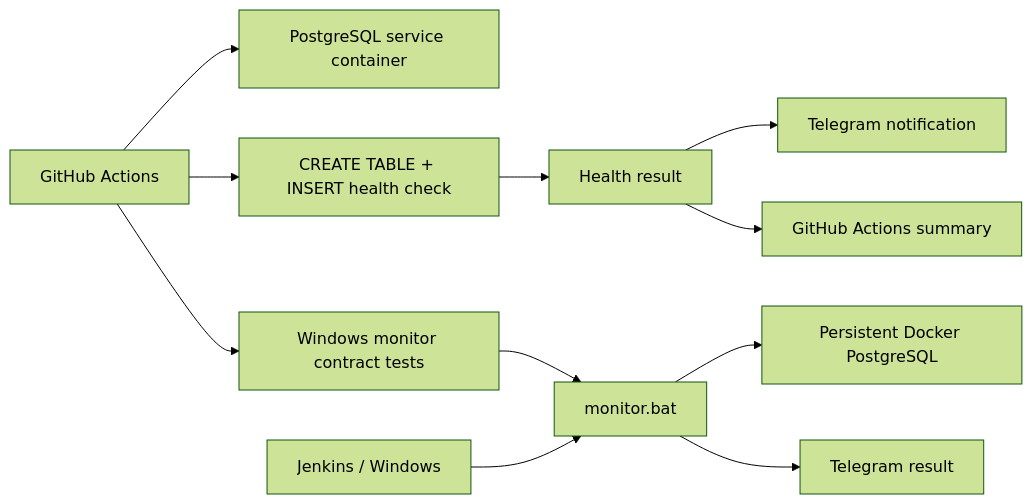
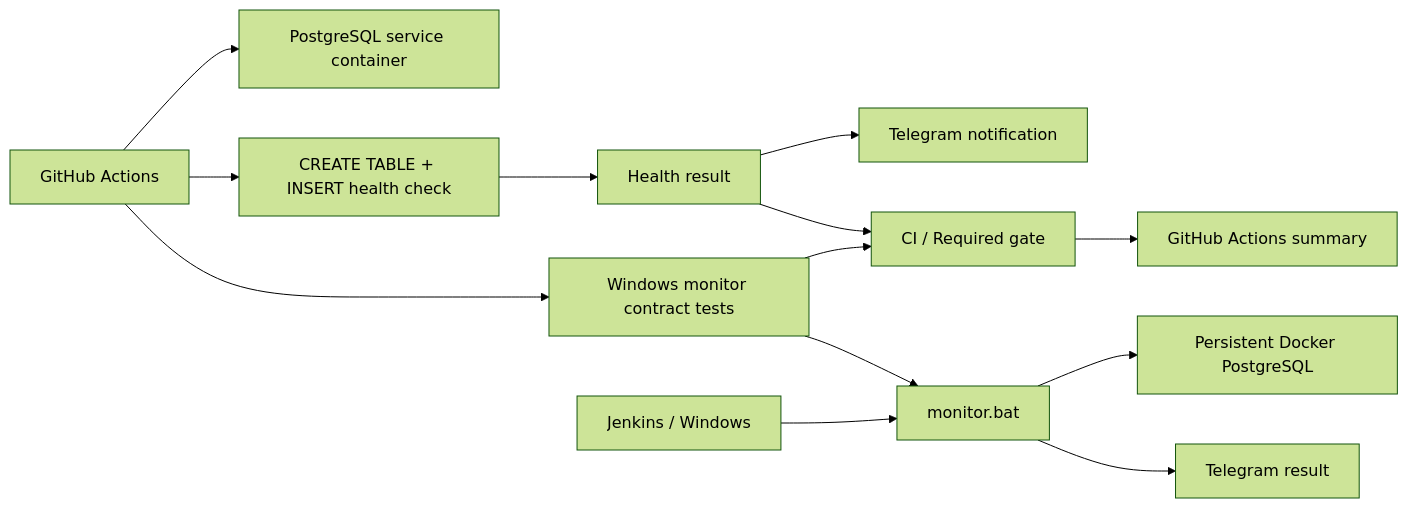
The diagram in README.md (TokhirjonYuldoshev/qa-docker-monitor), drawn with Mermaid (forest theme) before and after one commit. The commit also changed other lines of this file and 1 other file, not shown here.

First line of the commit message:
ci: add aggregate monitoring quality gate

````diff
--- a/README.md
+++ b/README.md
@@ -21,14 +21,17 @@
 ```mermaid
 flowchart LR
     GH[GitHub Actions] --> PG1[PostgreSQL service container]
     GH --> SQL1[CREATE TABLE + INSERT health check]
     SQL1 --> R[Health result]
     R --> TG1[Telegram notification]
-    R --> S[GitHub Actions summary]
 
     GH --> WT[Windows monitor contract tests]
     WT --> BAT[monitor.bat]
     J[Jenkins / Windows] --> BAT
     BAT --> PG2[Persistent Docker PostgreSQL]
     BAT --> TG2[Telegram result]
+
+    R --> G[CI / Required gate]
+    WT --> G
+    G --> S[GitHub Actions summary]
 ```
````
